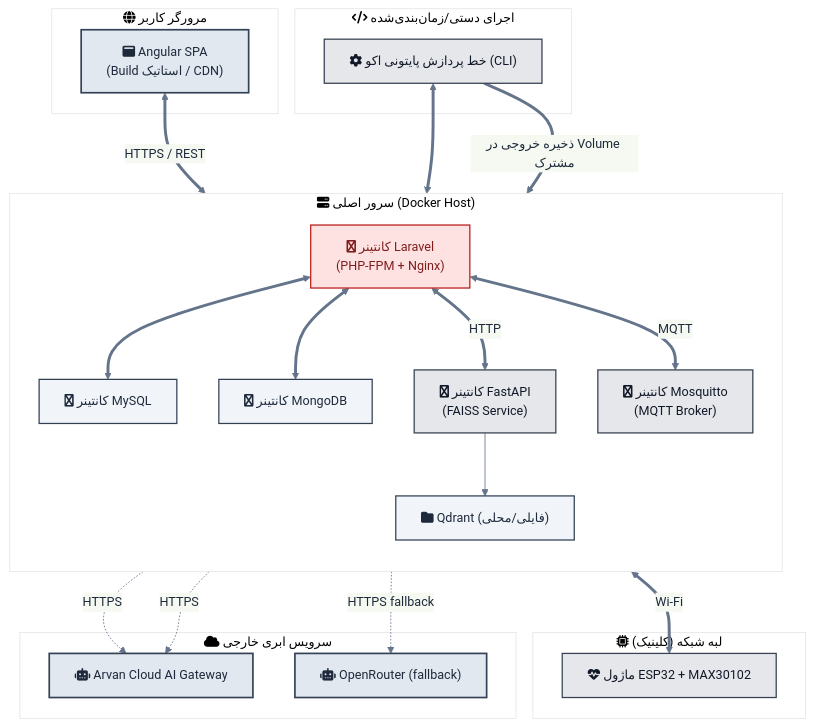
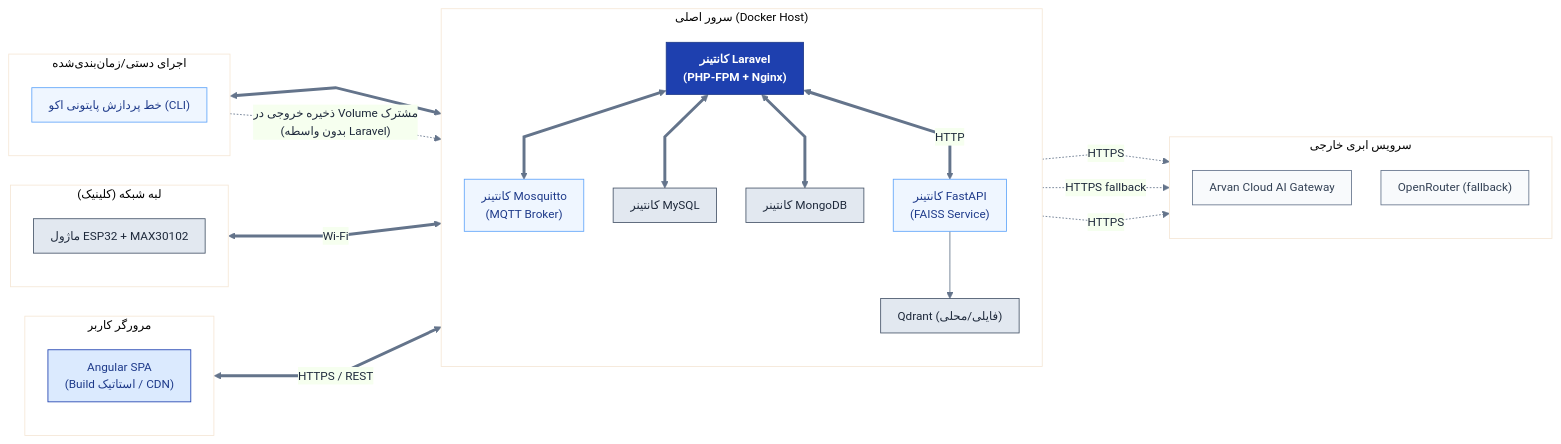
The diagram in docs/diagrams/v2/11_deployment.mmd (Mreza-mh/echo_prj), drawn with Mermaid before and after one commit. The commit also changed 20 other files, not shown here.

Commit message:
update mmd diagrams, echo history service, front/back configs

```diff
--- a/docs/diagrams/v2/11_deployment.mmd
+++ b/docs/diagrams/v2/11_deployment.mmd
@@ -1,47 +1,55 @@
-%%{init: {'theme':'base', 'themeVariables': {'primaryColor':'#f1f5f9','primaryBorderColor':'#334155','primaryTextColor':'#1e293b','lineColor':'#64748b','fontSize':'15px'}}}%%
-flowchart TB
-    classDef node fill:#e2e8f0,stroke:#334155,stroke-width:2px,color:#1e293b
-    classDef container fill:#e5e7eb,stroke:#374151,stroke-width:1.5px,color:#111827
-    classDef laravelc fill:#fee2e2,stroke:#b91c1c,stroke-width:1.5px,color:#7f1d1d
-    classDef db fill:#f1f5f9,stroke:#334155,stroke-width:1.5px,color:#1e293b
-    classDef device fill:#e5e7eb,stroke:#374151,stroke-width:1.5px,color:#111827
+%%{init: {'theme':'base', 'flowchart': {'curve':'linear', 'nodeSpacing':35, 'rankSpacing':55, 'padding':10}, 'themeVariables': {'primaryColor':'#eff6ff','primaryBorderColor':'#1e40af','primaryTextColor':'#1e293b','lineColor':'#64748b','fontSize':'14px'}}}%%
+flowchart LR
+    classDef startEnd fill:#1e40af,stroke:#1e3a8a,color:#ffffff,font-weight:bold
+    classDef user fill:#dbeafe,stroke:#1e40af,color:#1e3a8a
+    classDef iot fill:#e2e8f0,stroke:#475569,color:#1e293b
+    classDef server fill:#eff6ff,stroke:#60a5fa,color:#1e3a8a
+    classDef decision fill:#f8fafc,stroke:#64748b,color:#334155
+    classDef data fill:#e2e8f0,stroke:#475569,color:#1e293b
 
-    subgraph SRV["fa:fa-server سرور اصلی (Docker Host)"]
+    subgraph WEB["مرورگر کاربر"]
         direction TB
-        C1["fa:fa-docker کانتینر Laravel\n(PHP-FPM + Nginx)"]:::laravelc
-        C2["fa:fa-docker کانتینر FastAPI\n(FAISS Service)"]:::container
-        C3["fa:fa-docker کانتینر Mosquitto\n(MQTT Broker)"]:::container
-        C4["fa:fa-docker کانتینر MySQL"]:::db
-        C5["fa:fa-docker کانتینر MongoDB"]:::db
-        C6["fa:fa-folder Qdrant (فایلی/محلی)"]:::db
+        B1["Angular SPA<br/>(Build استاتیک / CDN)"]:::user
     end
 
-    subgraph WEB["fa:fa-globe مرورگر کاربر"]
-        B1["fa:fa-window-maximize Angular SPA\n(Build استاتیک / CDN)"]:::node
+    subgraph EDGE["لبه شبکه (کلینیک)"]
+        direction TB
+        D1["ماژول ESP32 + MAX30102"]:::iot
     end
 
-    subgraph EDGE["fa:fa-microchip لبه شبکه (کلینیک)"]
-        D1["fa:fa-heartbeat ماژول ESP32 + MAX30102"]:::device
+    subgraph SRV["سرور اصلی (Docker Host)"]
+        direction TB
+        C1["کانتینر Laravel<br/>(PHP-FPM + Nginx)"]:::startEnd
+        C2["کانتینر FastAPI<br/>(FAISS Service)"]:::server
+        C3["کانتینر Mosquitto<br/>(MQTT Broker)"]:::server
+        C4["کانتینر MySQL"]:::data
+        C5["کانتینر MongoDB"]:::data
+        C6["Qdrant (فایلی/محلی)"]:::data
     end
 
-    subgraph CLOUD["fa:fa-cloud سرویس ابری خارجی"]
-        L1["fa:fa-robot Arvan Cloud AI Gateway"]:::node
-        L2["fa:fa-robot OpenRouter (fallback)"]:::node
+    subgraph WORKER["اجرای دستی/زمان‌بندی‌شده"]
+        direction TB
+        P1["خط پردازش پایتونی اکو (CLI)"]:::server
     end
 
-    subgraph WORKER["fa:fa-code اجرای دستی/زمان‌بندی‌شده"]
-        P1["fa:fa-cog خط پردازش پایتونی اکو (CLI)"]:::container
+    subgraph CLOUD["سرویس ابری خارجی"]
+        direction TB
+        L1["Arvan Cloud AI Gateway"]:::decision
+        L2["OpenRouter (fallback)"]:::decision
     end
 
     B1 <==>|"HTTPS / REST"| C1
+    D1 <==>|"Wi-Fi"| C3
+
+    C1 <==> C3
     C1 <==> C4
     C1 <==> C5
     C1 <==>|"HTTP"| C2
     C2 --> C6
-    C1 <==>|"MQTT"| C3
-    C3 <==>|"Wi-Fi"| D1
+
+    P1 <==> C5
+    P1 -.->|"ذخیره خروجی در Volume مشترک<br/>(بدون واسطه Laravel)"| C1
+
     C1 -.->|"HTTPS"| L1
     C1 -.->|"HTTPS fallback"| L2
     C2 -.->|"HTTPS"| L1
-    P1 <==> C5
-    P1 ==>|"ذخیره خروجی در Volume مشترک"| C1
```
